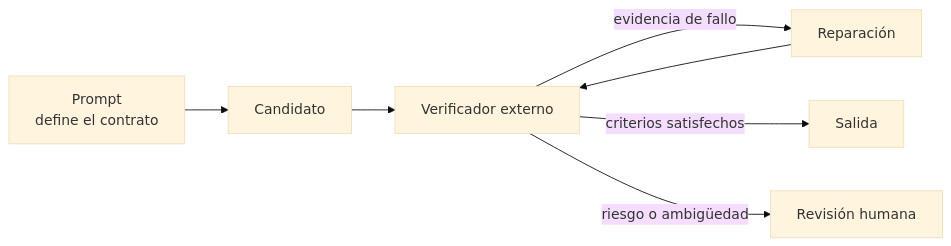
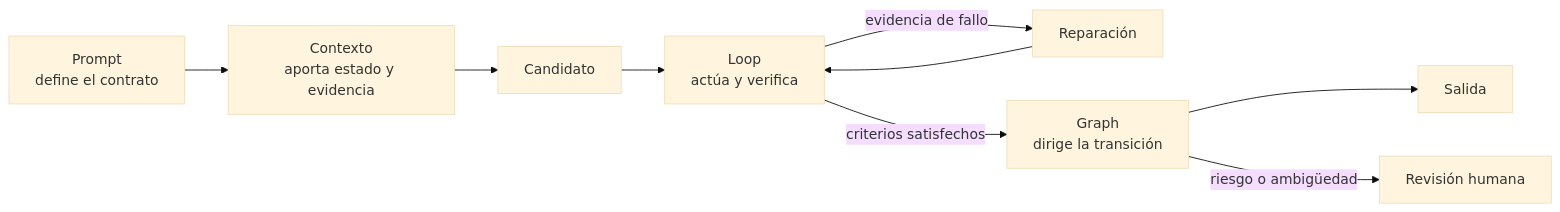
The diagram in 13-prompting-loop-graph-engineering/README.md (oiborram/atlas-ia), drawn with Mermaid (base theme) before and after one commit. The commit also changed other lines of this file and 80 other files, not shown here.

````diff
--- a/13-prompting-loop-graph-engineering/README.md
+++ b/13-prompting-loop-graph-engineering/README.md
@@ -11,9 +11,11 @@
 ```mermaid
 flowchart LR
-    P[Prompt<br/>define el contrato] --> C[Candidato]
-    C --> V[Verificador externo]
+    P[Prompt<br/>define el contrato] --> X[Contexto<br/>aporta estado y evidencia]
+    X --> C[Candidato]
+    C --> V[Loop<br/>actúa y verifica]
     V -->|evidencia de fallo| R[Reparación]
     R --> V
-    V -->|criterios satisfechos| S[Salida]
-    V -->|riesgo o ambigüedad| H[Revisión humana]
+    V -->|criterios satisfechos| G[Graph<br/>dirige la transición]
+    G --> S[Salida]
+    G -->|riesgo o ambigüedad| H[Revisión humana]
 ```
````
